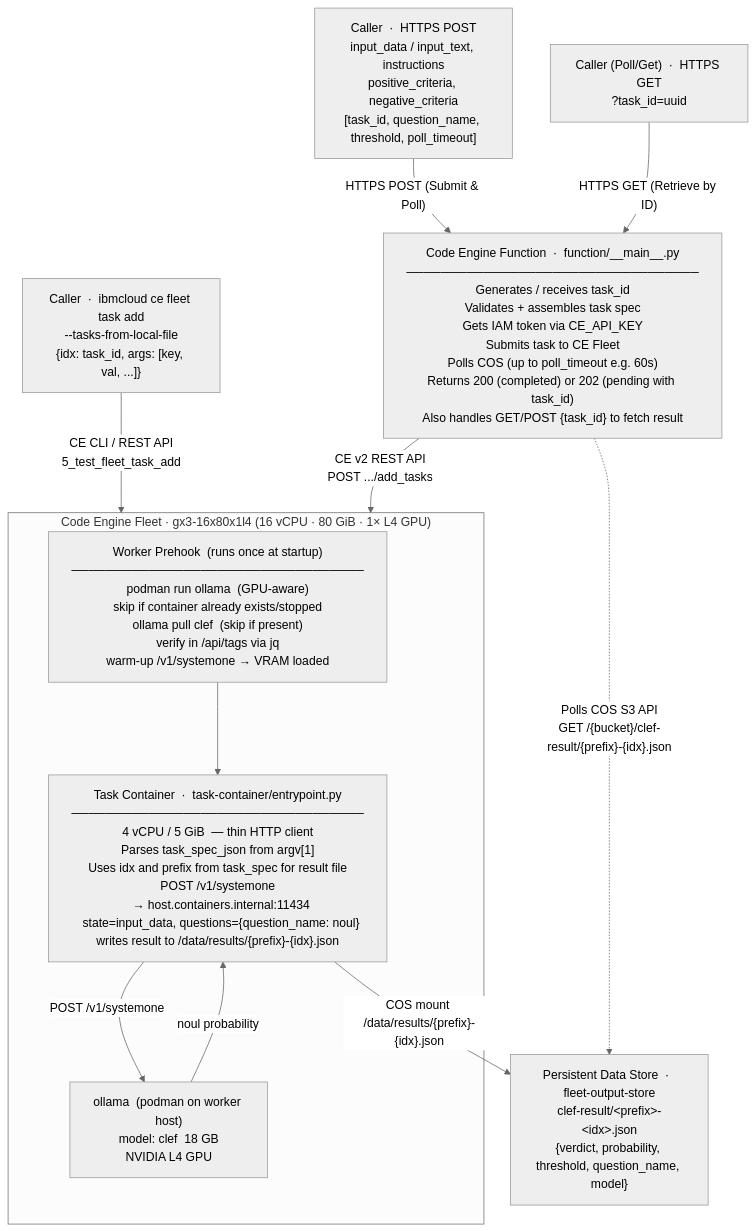
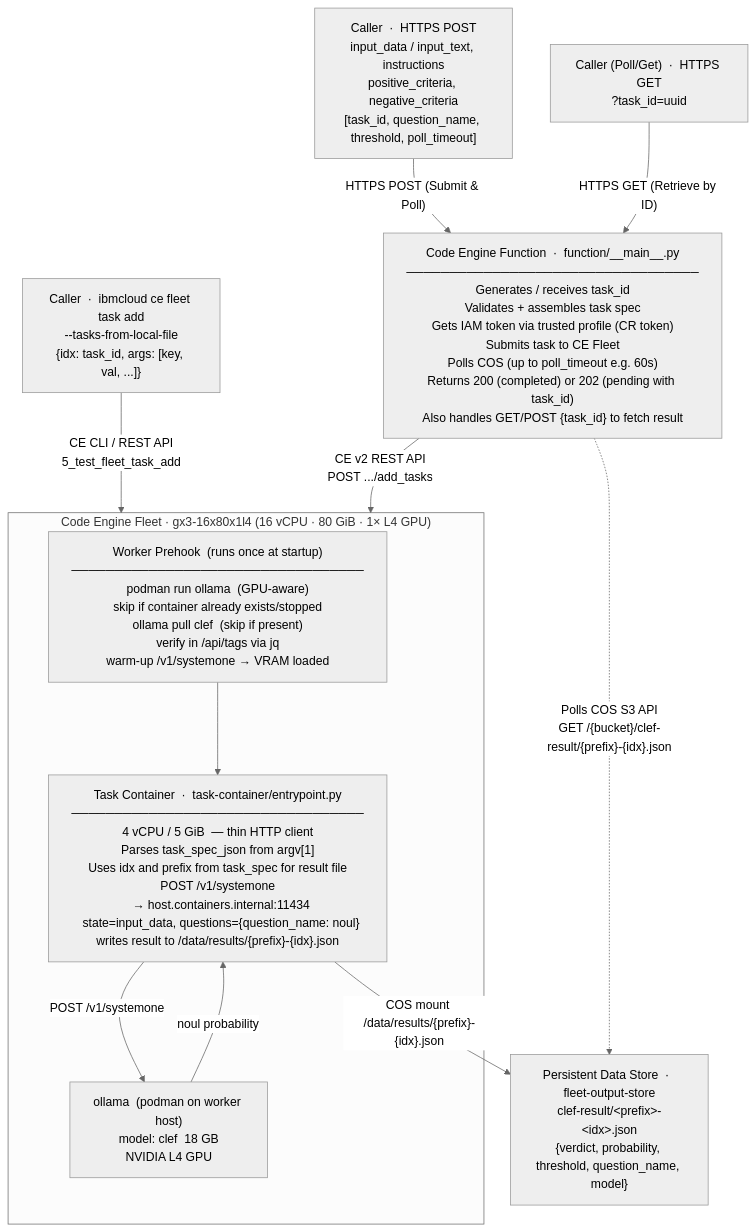
The diagram in serverless-fleets/tutorials/clef-on-fleets/README.md (IBM/CodeEngine), drawn with Mermaid (neutral theme) before and after one commit. The commit also changed other lines of this file and 2 other files, not shown here.

First line of the commit message:
feat(clef-on-fleets): use IAM trusted profile instead of API key

````diff
--- a/serverless-fleets/tutorials/clef-on-fleets/README.md
+++ b/serverless-fleets/tutorials/clef-on-fleets/README.md
@@ -17,26 +17,26 @@
 ```mermaid
 flowchart TD
     CallerHTTP["Caller  ·  HTTPS POST\ninput_data / input_text, instructions\npositive_criteria, negative_criteria\n[task_id, question_name, threshold, poll_timeout]"]
     CallerGet["Caller (Poll/Get)  ·  HTTPS GET\n?task_id=uuid"]
     CallerCLI["Caller  ·  ibmcloud ce fleet task add\n--tasks-from-local-file\n{idx: task_id, args: [key, val, ...]}"]
 
-    Fn["Code Engine Function  ·  function/__main__.py\n──────────────────────────────────\nGenerates / receives task_id\nValidates + assembles task spec\nGets IAM token via CE_API_KEY\nSubmits task to CE Fleet\nPolls COS (up to poll_timeout e.g. 60s)\nReturns 200 (completed) or 202 (pending with task_id)\nAlso handles GET/POST {task_id} to fetch result"]
+    Fn["Code Engine Function  ·  function/__main__.py\n──────────────────────────────────\nGenerates / receives task_id\nValidates + assembles task spec\nGets IAM token via trusted profile (CR token)\nSubmits task to CE Fleet\nPolls COS (up to poll_timeout e.g. 60s)\nReturns 200 (completed) or 202 (pending with task_id)\nAlso handles GET/POST {task_id} to fetch result"]
 
     subgraph Fleet["Code Engine Fleet  ·  gx3-16x80x1l4  (16 vCPU · 80 GiB · 1× L4 GPU)"]
         Prehook["Worker Prehook  (runs once at startup)\n──────────────────────────────────\npodman run ollama  (GPU-aware)\nskip if container already exists/stopped\nollama pull clef  (skip if present)\nverify in /api/tags via jq\nwarm-up /v1/systemone → VRAM loaded"]
         Task["Task Container  ·  task-container/entrypoint.py\n──────────────────────────────────\n4 vCPU / 5 GiB  — thin HTTP client\nParses task_spec_json from argv[1]\nUses idx and prefix from task_spec for result file\nPOST /v1/systemone\n  → host.containers.internal:11434\n  state=input_data, questions={question_name: noul}\nwrites result to /data/results/{prefix}-{idx}.json"]
         Ollama["ollama  (podman on worker host)\nmodel: clef  18 GB\nNVIDIA L4 GPU"]
     end
     
     COS["Persistent Data Store  ·  fleet-output-store\nclef-result/&lt;prefix&gt;-&lt;idx&gt;.json\n{verdict, probability, threshold, question_name, model}"]
     
     CallerHTTP -->|"HTTPS POST (Submit & Poll)"| Fn
     CallerGet -->|"HTTPS GET (Retrieve by ID)"| Fn
     CallerCLI -->|"CE CLI / REST API\n5_test_fleet_task_add"| Fleet
     Fn -->|"CE v2 REST API\nPOST .../add_tasks"| Fleet
     Fn -.->|"Polls COS S3 API\nGET /{bucket}/clef-result/{prefix}-{idx}.json"| COS
     Prehook --> Task
     Task -->|"POST /v1/systemone"| Ollama
     Ollama -->|"noul probability"| Task
     Task -->|"COS mount /data/results/{prefix}-{idx}.json"| COS
 ```
````
